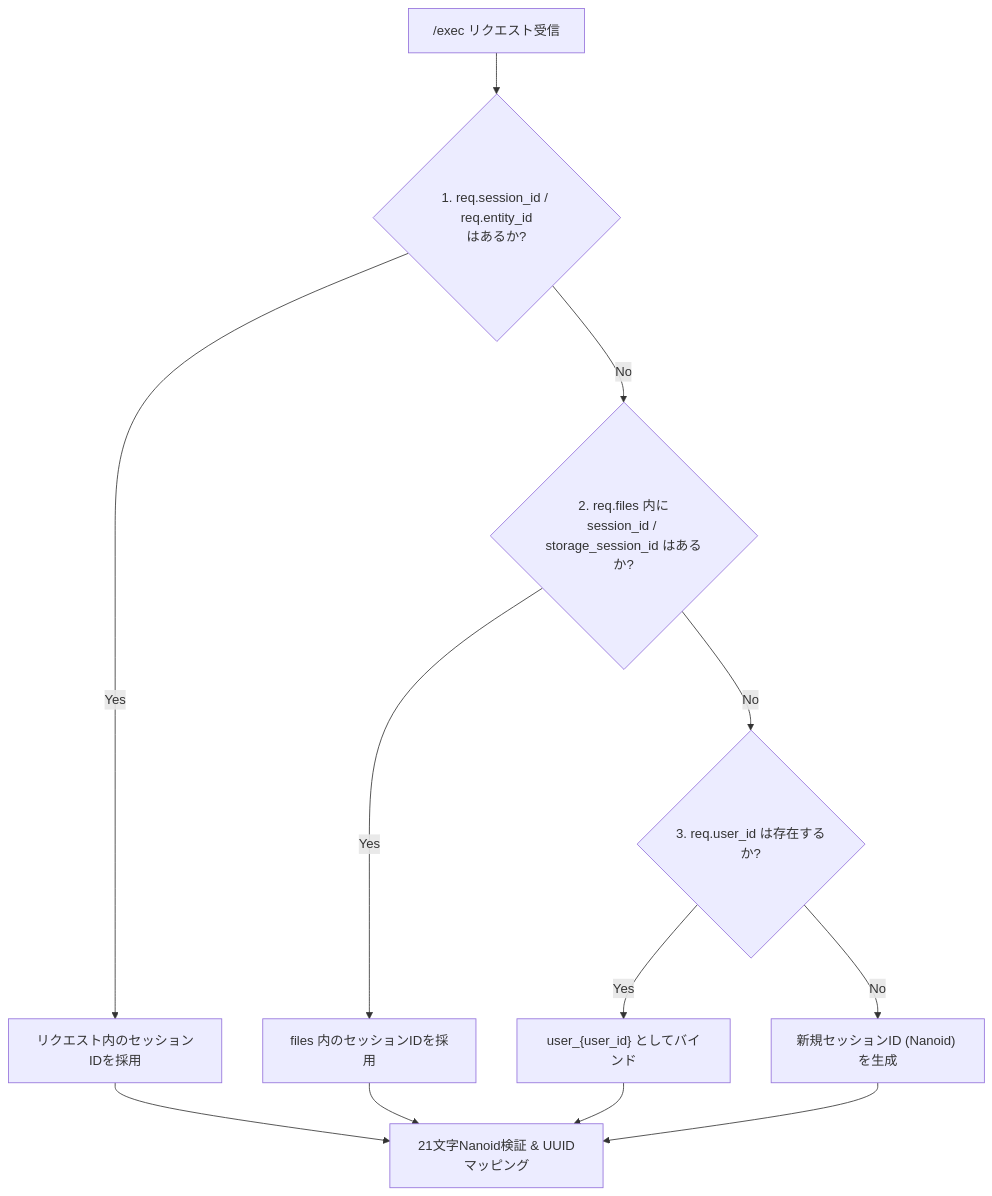
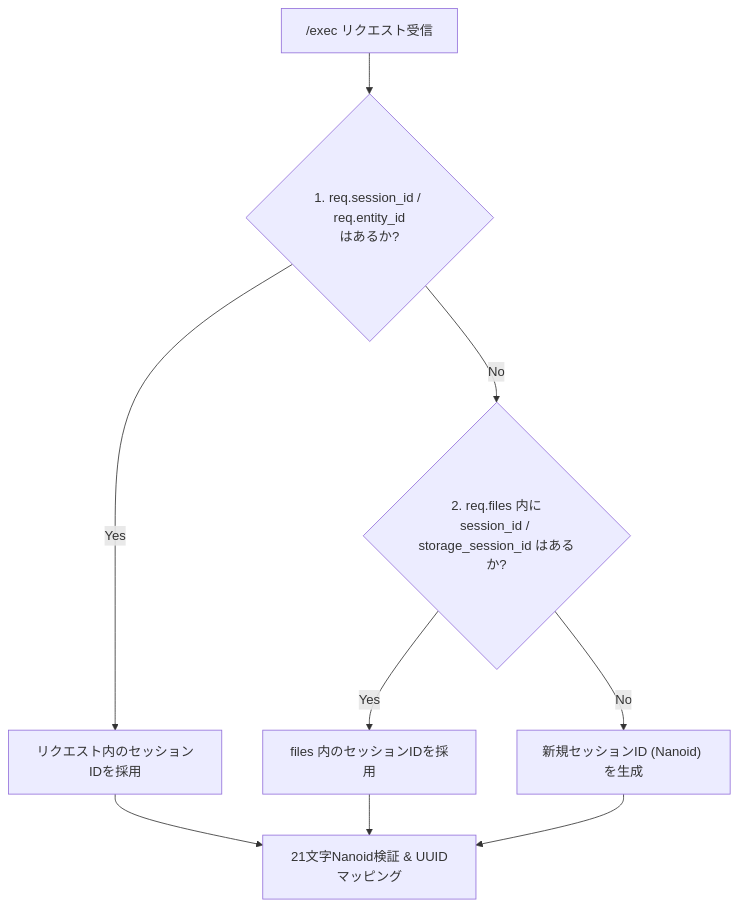
Before and after one commit to chottokun/LibreChat_with_local_CI: the first of 2 diagrams in docs/domain/session-resolution.md, drawn with Mermaid. The commit also changed other lines of this file and 7 other files, not shown here.

````diff
--- a/docs/domain/session-resolution.md
+++ b/docs/domain/session-resolution.md
@@ -26,15 +26,12 @@
 ```mermaid
 graph TD
     Req["/exec リクエスト受信"] --> Step0{"1. req.session_id / req.entity_id<br>はあるか?"}
     Step0 -- Yes --> UseReq["リクエスト内のセッションIDを採用"]
     Step0 -- No --> Step1{"2. req.files 内に<br>session_id / storage_session_id はあるか?"}
     Step1 -- Yes --> UseFiles["files 内のセッションIDを採用"]
-    Step1 -- No --> Step2{"3. req.user_id は存在するか?"}
-    Step2 -- Yes --> UseUser["user_{user_id} としてバインド"]
-    Step2 -- No --> GenNew["新規セッションID (Nanoid) を生成"]
+    Step1 -- No --> GenNew["新規セッションID (Nanoid) を生成"]
 
     UseReq --> Resolve["21文字Nanoid検証 & UUIDマッピング"]
     UseFiles --> Resolve
-    UseUser --> Resolve
     GenNew --> Resolve
 ```
````
